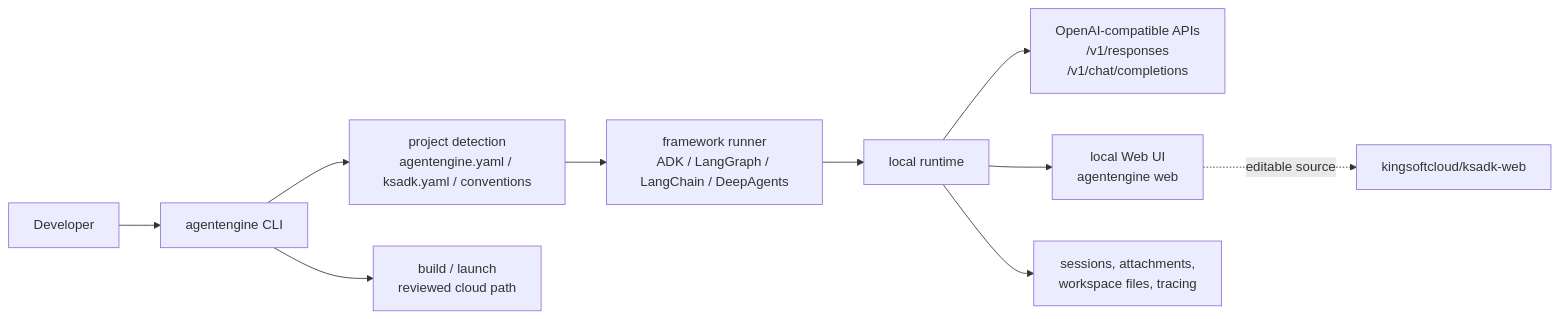
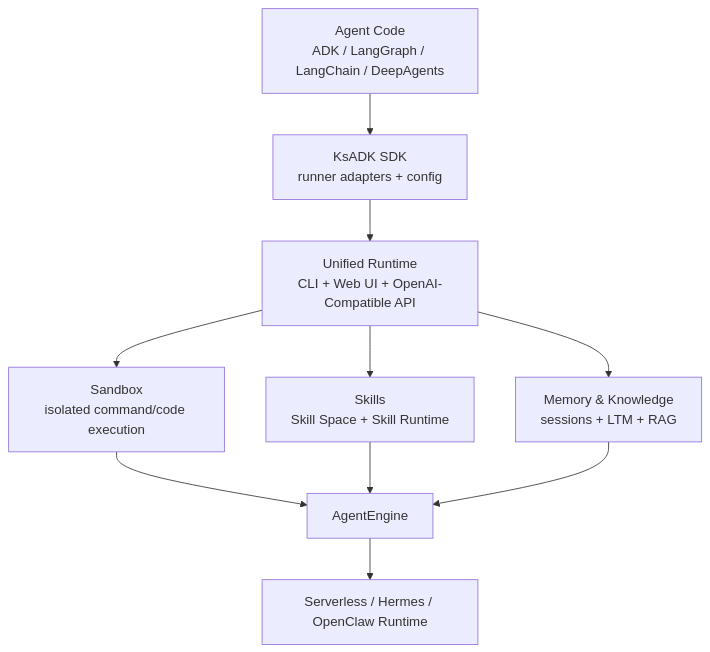
The diagram in public-docs/index.en.md (kingsoftcloud/ksadk-python), drawn with Mermaid before and after one commit. The commit also changed other lines of this file and 16 other files, not shown here.

Commit message:
docs: position ksadk as runtime platform

````diff
--- a/public-docs/index.en.md
+++ b/public-docs/index.en.md
@@ -36,12 +72,12 @@
 ```mermaid
-flowchart LR
-  Dev["Developer"] --> CLI["agentengine CLI"]
-  CLI --> Detect["project detection<br/>agentengine.yaml / ksadk.yaml / conventions"]
-  Detect --> Runner["framework runner<br/>ADK / LangGraph / LangChain / DeepAgents"]
-  Runner --> Runtime["local runtime"]
-  Runtime --> API["OpenAI-compatible APIs<br/>/v1/responses<br/>/v1/chat/completions"]
-  Runtime --> UI["local Web UI<br/>agentengine web"]
-  Runtime --> Sessions["sessions, attachments,<br/>workspace files, tracing"]
-  CLI --> Package["build / launch<br/>reviewed cloud path"]
-  UI -. "editable source" .-> Web["kingsoftcloud/ksadk-web"]
+flowchart TD
+  Code["Agent Code<br/>ADK / LangGraph / LangChain / DeepAgents"] --> SDK["KsADK SDK<br/>runner adapters + config"]
+  SDK --> Runtime["Unified Runtime<br/>CLI + Web UI + OpenAI-Compatible API"]
+  Runtime --> Sandbox["Sandbox<br/>isolated command/code execution"]
+  Runtime --> Skills["Skills<br/>Skill Space + Skill Runtime"]
+  Runtime --> Memory["Memory & Knowledge<br/>sessions + LTM + RAG"]
+  Sandbox --> Engine["AgentEngine"]
+  Skills --> Engine
+  Memory --> Engine
+  Engine --> Backends["Serverless / Hermes / OpenClaw Runtime"]
 ```
````
